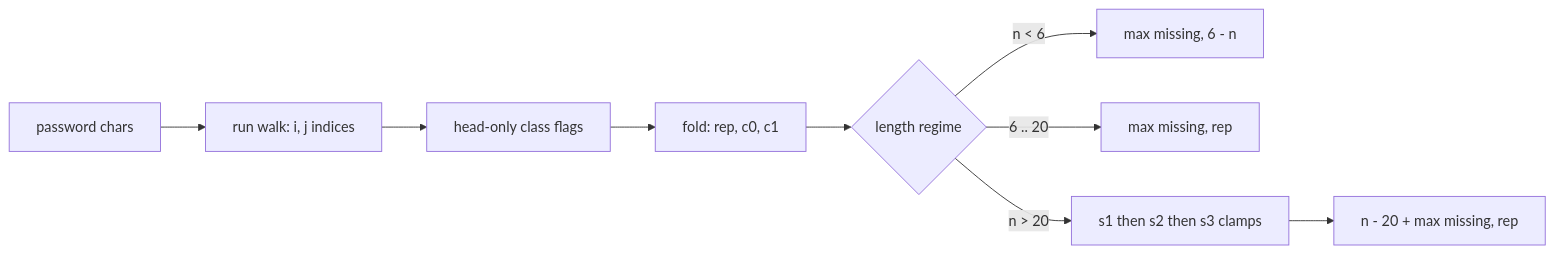
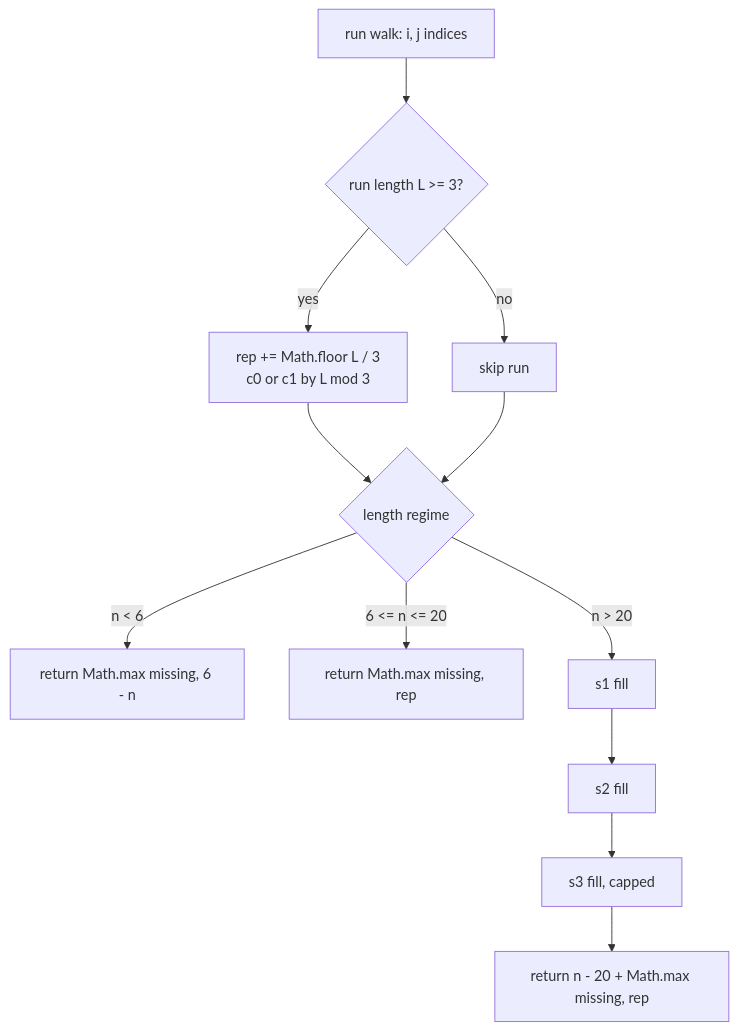
The diagram in Problem/420-strong-password-checker /JavaScript/README.md (taro902/Leetcode-Solution), drawn with Mermaid before and after one commit. The commit also changed other lines of this file, not shown here.

````diff
--- a/Problem/420-strong-password-checker /JavaScript/README.md
+++ b/Problem/420-strong-password-checker /JavaScript/README.md
@@ -54,11 +77,14 @@
 ```mermaid
-graph LR
-    P[password chars] --> W[run walk: i, j indices]
-    W --> H[head-only class flags]
-    H --> R[fold: rep, c0, c1]
-    R --> Q{length regime}
-    Q -- n < 6 --> I[max missing, 6 - n]
-    Q -- 6 .. 20 --> M[max missing, rep]
-    Q -- n > 20 --> D[s1 then s2 then s3 clamps]
-    D --> A[n - 20 + max missing, rep]
+flowchart TD
+    A[run walk: i, j indices] --> B{run length L >= 3?}
+    B -- yes --> C[rep += Math.floor L / 3<br/>c0 or c1 by L mod 3]
+    B -- no --> D[skip run]
+    C --> E{length regime}
+    D --> E
+    E -- n < 6 --> F[return Math.max missing, 6 - n]
+    E -- 6 <= n <= 20 --> G[return Math.max missing, rep]
+    E -- n > 20 --> H[s1 fill]
+    H --> I2[s2 fill]
+    I2 --> J[s3 fill, capped]
+    J --> K[return n - 20 + Math.max missing, rep]
 ```
````
